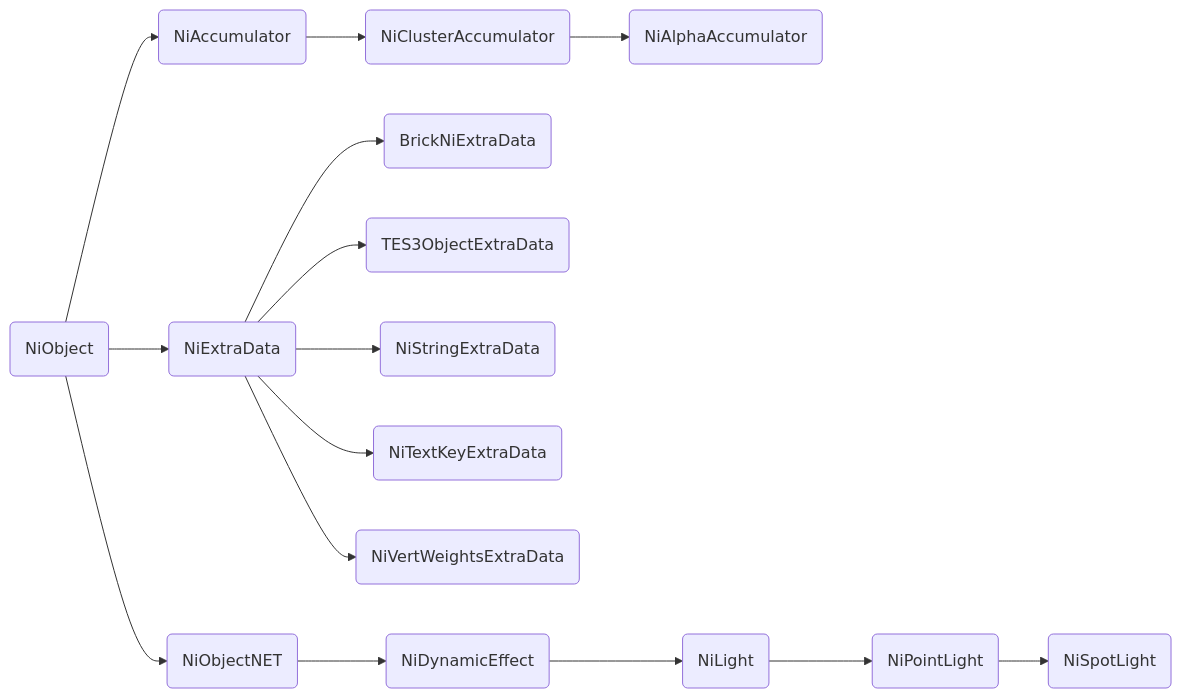
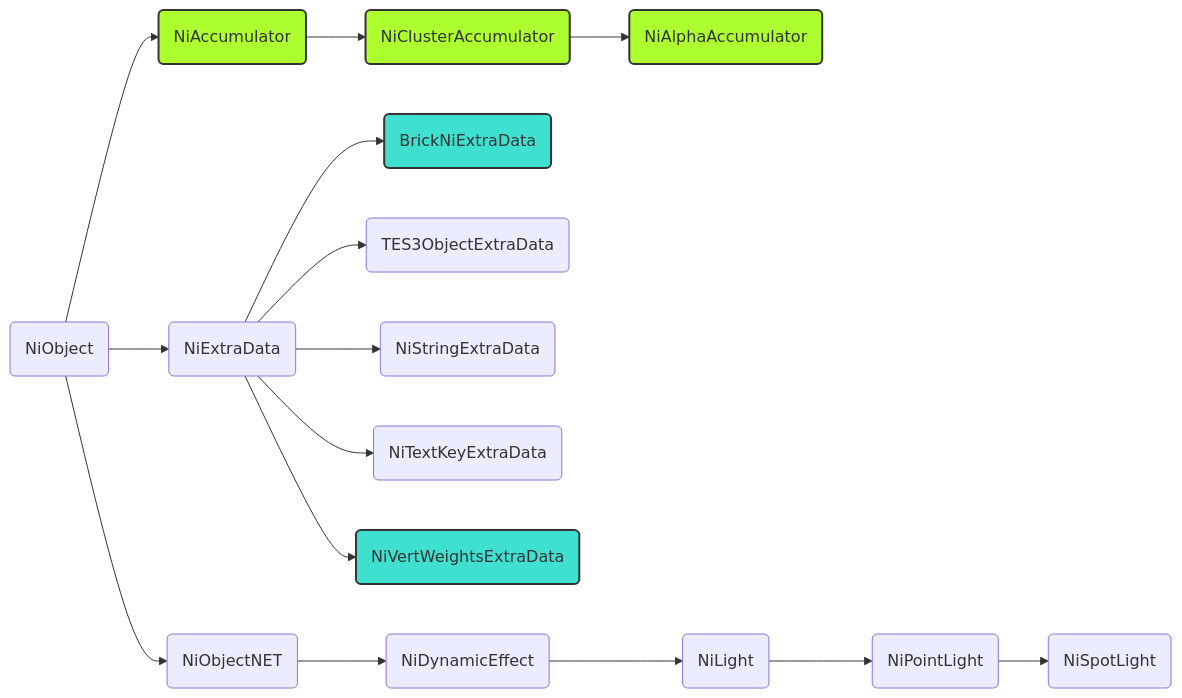
One commit to MWSE/MWSE changed the diagram in docs/source/references/other/ni-class-hierarchy.md. Above: the diagram before and after it, drawn with Mermaid. The commit also changed other lines of this file, not shown here.

````diff
--- a/docs/source/references/other/ni-class-hierarchy.md
+++ b/docs/source/references/other/ni-class-hierarchy.md
@@ -241,19 +237,25 @@
 ```mermaid
 graph LR
     A(NiObject) --> B(NiAccumulator);
     B --> C(NiClusterAccumulator);
     C --> D(NiAlphaAccumulator);
 
     A --> E(NiExtraData);
     E --> F(BrickNiExtraData);
     E --> G(TES3ObjectExtraData);
     E --> H(NiStringExtraData);
     E --> I(NiTextKeyExtraData);
     E --> J(NiVertWeightsExtraData);
 
     A --> K(NiObjectNET);
     K --> L(NiDynamicEffect);
     L --> M(NiLight);
     M --> N(NiPointLight);
     N --> O(NiSpotLight);
+
+    classDef notExposed fill:#ADFF2F,stroke:#333,stroke-width:2px;
+    class B,C,D notExposed;
+
+    classDef notResearched fill:#40E0D0,stroke:#333,stroke-width:2px;
+    class F,J notResearched;
 ```
````
